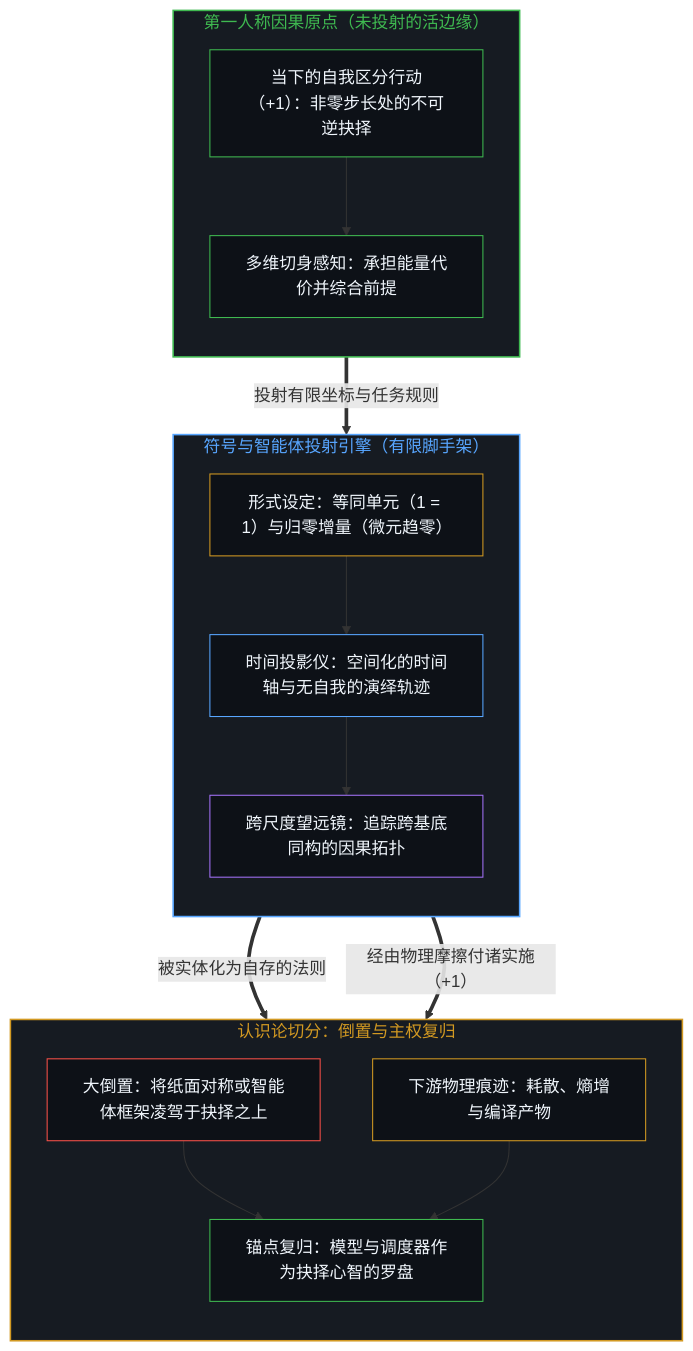
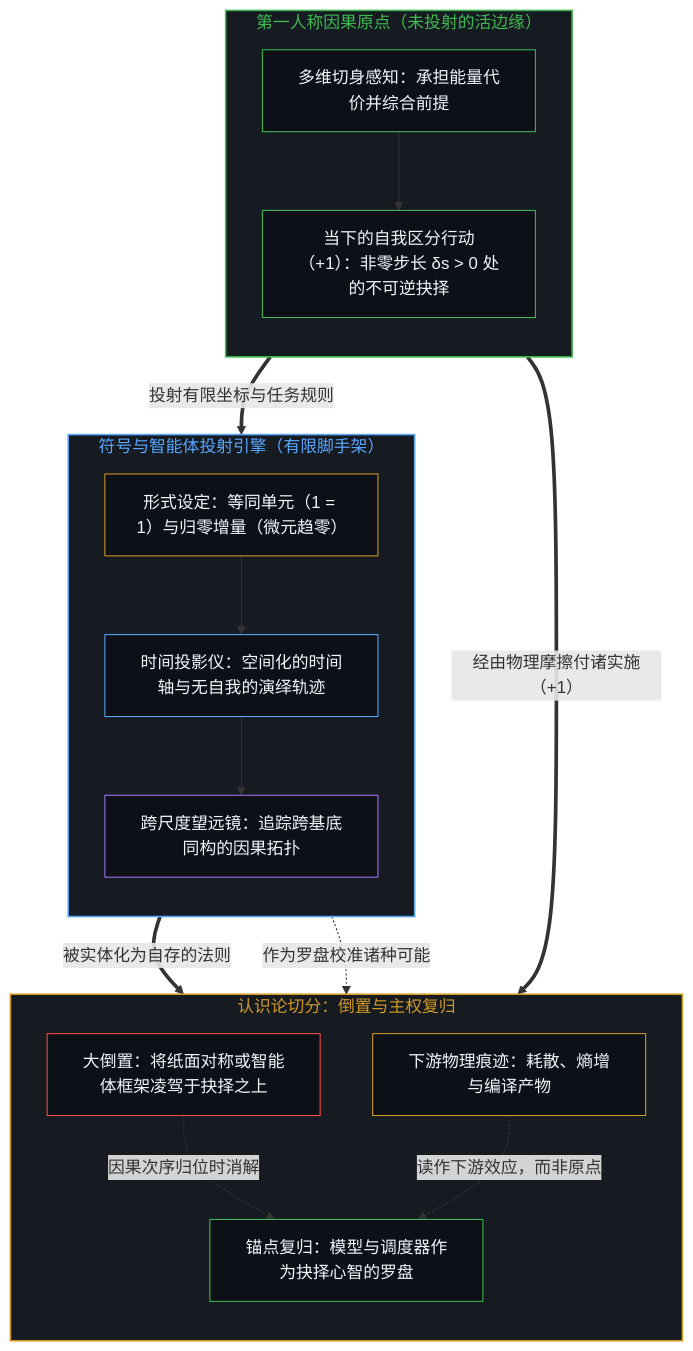
Before and after one commit to powerpig99/not-a-toe: the first of 2 diagrams in content/posts/the-illusion-of-the-tool-and-the-inversion-of-time.md, drawn with Mermaid. The commit also changed other lines of this file and 4 other files, not shown here.

````diff
--- a/content/posts/the-illusion-of-the-tool-and-the-inversion-of-time.md
+++ b/content/posts/the-illusion-of-the-tool-and-the-inversion-of-time.md
@@ -55,38 +55,39 @@
 ```mermaid
 flowchart TD
     subgraph S_Origin["第一人称因果原点（未投射的活边缘）"]
         direction TB
-        Act["当下的自我区分行动（+1）：非零步长处的不可逆抉择"]
         Intent["多维切身感知：承担能量代价并综合前提"]
-        Act --> Intent
+        Act["当下的自我区分行动（+1）：非零步长 δs > 0 处的不可逆抉择"]
+        Intent --> Act
     end
     subgraph S_Project["符号与智能体投射引擎（有限脚手架）"]
         direction TB
         Posits["形式设定：等同单元（1 = 1）与归零增量（微元趋零）"]
         Axis["时间投影仪：空间化的时间轴与无自我的演绎轨迹"]
         Scale["跨尺度望远镜：追踪跨基底同构的因果拓扑"]
         Posits --> Axis --> Scale
     end
     subgraph S_Boundary["认识论切分：倒置与主权复归"]
         direction TB
         Invert["大倒置：将纸面对称或智能体框架凌驾于抉择之上"]
         Symptom["下游物理痕迹：耗散、熵增与编译产物"]
         Restore["锚点复归：模型与调度器作为抉择心智的罗盘"]
-        Invert --> Restore
-        Symptom --> Restore
+        Invert -.->|"因果次序归位时消解"| Restore
+        Symptom -.->|"读作下游效应，而非原点"| Restore
     end
     Intent ==>|"投射有限坐标与任务规则"| Posits
     Scale ==>|"被实体化为自存的法则"| Invert
-    Scale ==>|"经由物理摩擦付诸实施（+1）"| Symptom
+    Act ==>|"经由物理摩擦付诸实施（+1）"| Symptom
+    Scale -.->|"作为罗盘校准诸种可能"| Restore
     style S_Origin fill:#161b22,stroke:#3fb950,stroke-width:1.5px,color:#3fb950
     style S_Project fill:#161b22,stroke:#58a6ff,stroke-width:1.5px,color:#58a6ff
     style S_Boundary fill:#161b22,stroke:#d29922,stroke-width:1.5px,color:#d29922
     style Act fill:#0d1117,stroke:#3fb950,stroke-width:1px,color:#f0f6fc
     style Intent fill:#0d1117,stroke:#3fb950,stroke-width:1px,color:#f0f6fc
     style Posits fill:#0d1117,stroke:#d29922,stroke-width:1px,color:#f0f6fc
     style Axis fill:#0d1117,stroke:#58a6ff,stroke-width:1px,color:#f0f6fc
     style Scale fill:#0d1117,stroke:#a371f7,stroke-width:1px,color:#f0f6fc
     style Invert fill:#0d1117,stroke:#f85149,stroke-width:1px,color:#f0f6fc
     style Symptom fill:#0d1117,stroke:#d29922,stroke-width:1px,color:#f0f6fc
     style Restore fill:#0d1117,stroke:#3fb950,stroke-width:1px,color:#f0f6fc
 ```
````
